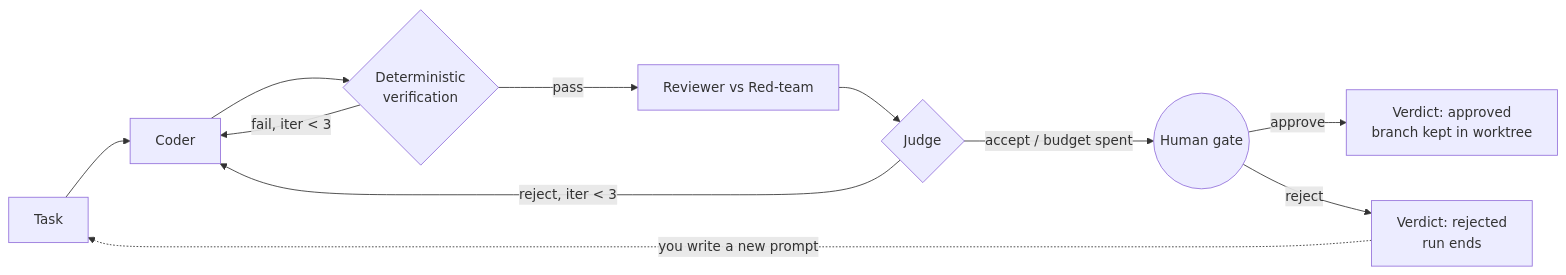
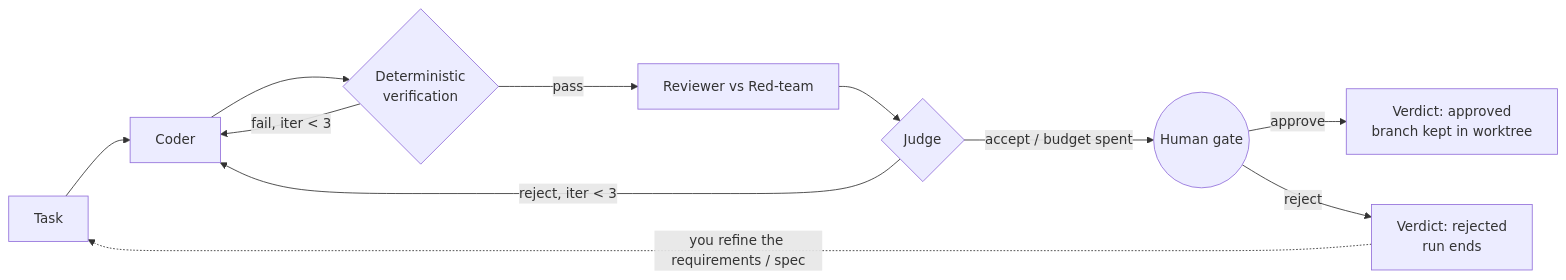
The first of 2 diagrams in README.md (RiMoMa/opencode-langgraph-loop), drawn with Mermaid before and after one commit. The commit also changed other lines of this file, not shown here.

Commit message:
Docs: after a rejection, refine requirements/spec rather than re-prompt
Claude-Session: https://claude.ai/code/session_01Dmr8YMSLXsjYyodWzihTX4

````diff
--- a/README.md
+++ b/README.md
@@ -37,13 +37,13 @@
 ```mermaid
 flowchart LR
   A[Task] --> B[Coder]
   B --> C{Deterministic<br/>verification}
   C -- fail, iter &lt; 3 --> B
   C -- pass --> D[Reviewer vs Red-team]
   D --> E{Judge}
   E -- reject, iter &lt; 3 --> B
   E -- accept / budget spent --> F((Human gate))
   F -- approve --> G[Verdict: approved<br/>branch kept in worktree]
   F -- reject --> H[Verdict: rejected<br/>run ends]
-  H -. you write a new prompt .-> A
+  H -. you refine the requirements / spec .-> A
 ```
````
